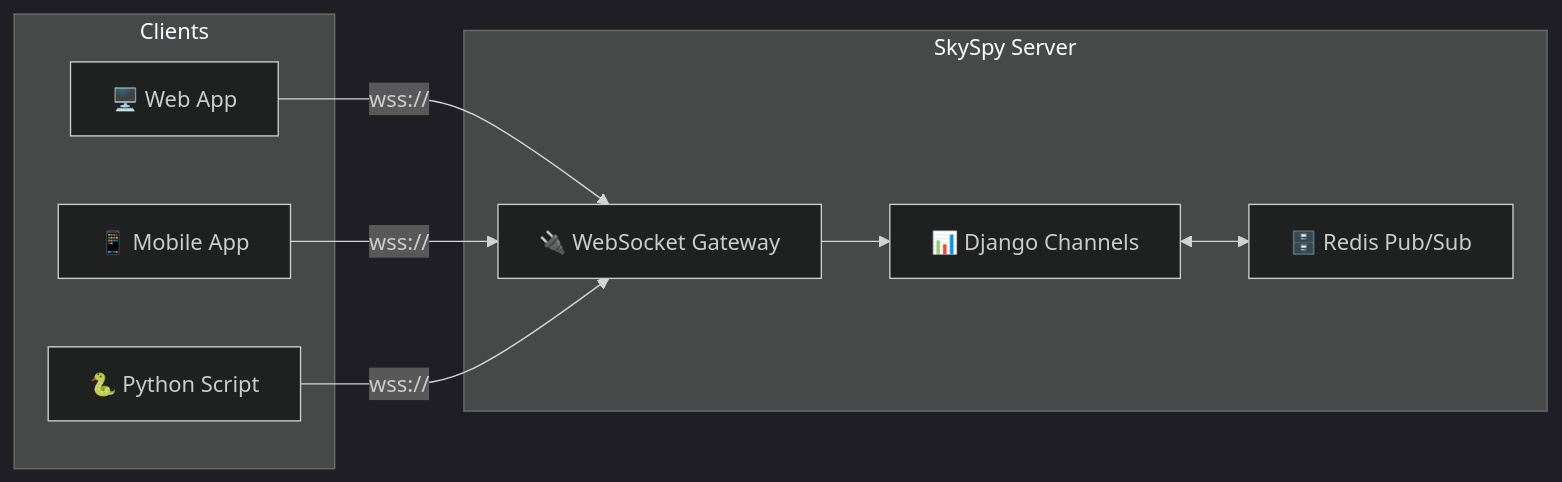
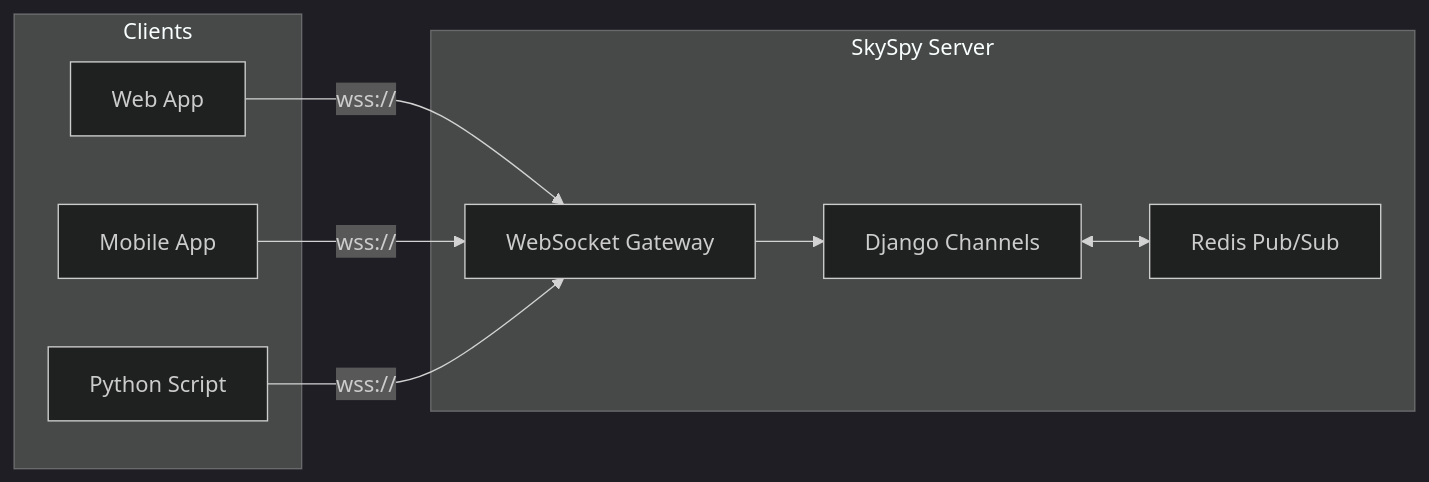
One commit to CHA0S-CORP/SkySpyDocs changed the first of 8 diagrams in docs/api-reference/websocket-api.md. Above: the diagram before and after it, drawn with Mermaid (dark theme). The commit also changed other lines of this file, not shown here.

````diff
--- a/docs/api-reference/websocket-api.md
+++ b/docs/api-reference/websocket-api.md
@@ -16,20 +16,20 @@
 ```mermaid
 graph LR
     subgraph Clients
-        A[🖥️ Web App]
-        B[📱 Mobile App]
-        C[🐍 Python Script]
+        A[Web App]
+        B[Mobile App]
+        C[Python Script]
     end
 
     subgraph SkySpy Server
-        D[🔌 WebSocket Gateway]
-        E[📊 Django Channels]
-        F[🗄️ Redis Pub/Sub]
+        D[WebSocket Gateway]
+        E[Django Channels]
+        F[Redis Pub/Sub]
     end
 
     A -->|wss://| D
     B -->|wss://| D
     C -->|wss://| D
     D --> E
     E <--> F
 ```
````
